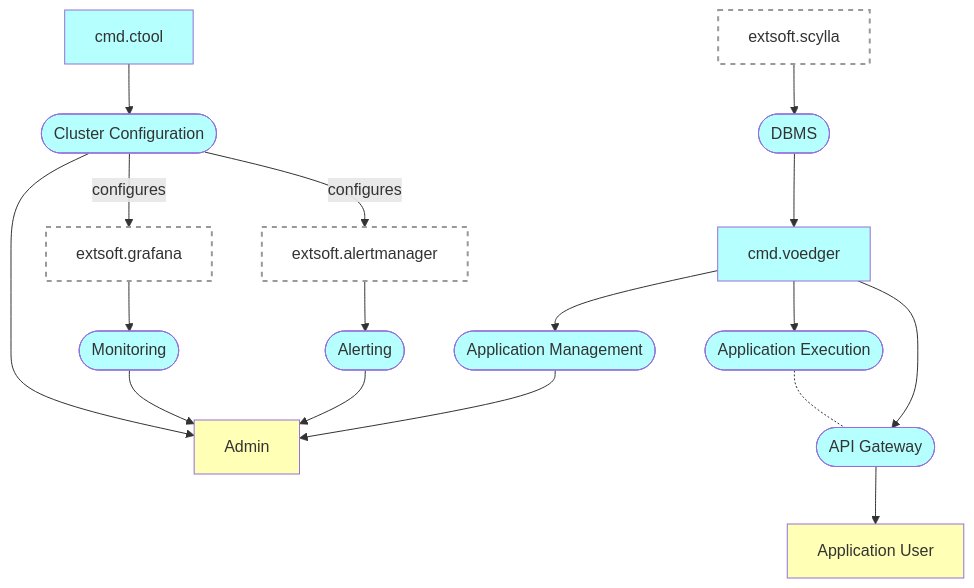
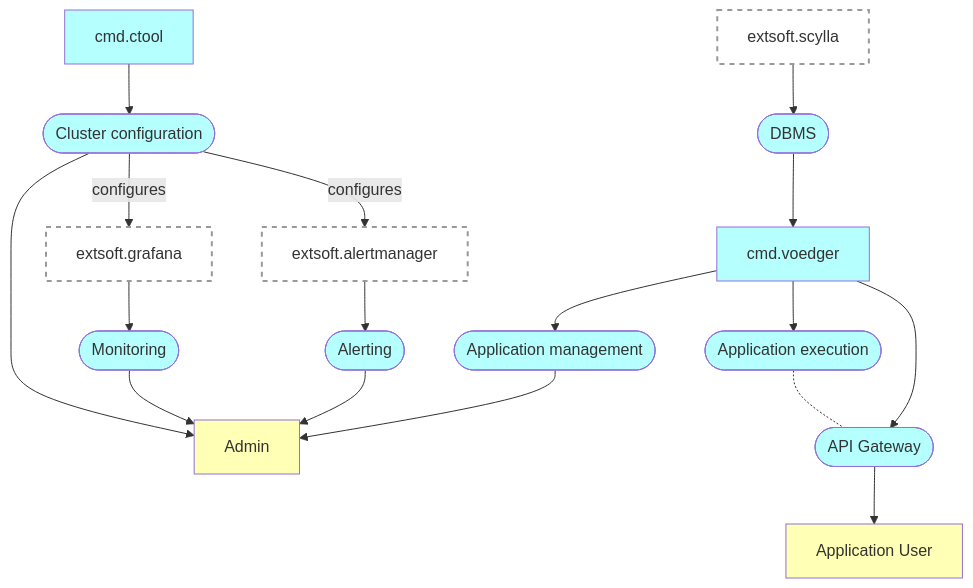
Before and after one commit to voedger/voedger-internals: the first of 2 diagrams in README.md, drawn with Mermaid. The commit also changed other lines of this file and 16 other files, not shown here.

````diff
--- a/README.md
+++ b/README.md
@@ -15,52 +11,52 @@
 ```mermaid
     graph TD
 
     %% Entities ====================
 
     Admin[Admin]:::B
     User[Application User]:::B
 
     cmd.voedger:::S
     cmd.ctool:::S  
     grafana[extsoft.grafana]:::G
     alertmanager[extsoft.alertmanager]:::G
     scylla[extsoft.scylla]:::G
 
     DBMS([DBMS]):::S
     
-    ClusterCfg([Cluster Configuration]):::S
+    ClusterCfg([Cluster configuration]):::S
     Monitoring([Monitoring]):::S
     Alerting([Alerting]):::S
-    AppMgmt([Application Management]):::S  
-    RunApp([Application Execution]):::S
+    AppMgmt([Application management]):::S  
+    RunApp([Application execution]):::S
     APIGateway([API Gateway]):::S
 
     %% Relations ====================
 
     scylla --> DBMS
     DBMS --> cmd.voedger
 
     cmd.ctool --> ClusterCfg
     ClusterCfg --> Admin
     ClusterCfg --> |configures| grafana
     ClusterCfg --> |configures| alertmanager
 
     grafana --> Monitoring
     alertmanager --> Alerting
     Monitoring --> Admin
     Alerting --> Admin
 
     cmd.voedger --> AppMgmt
     AppMgmt --> Admin
 
     cmd.voedger --> RunApp
     RunApp -.- APIGateway
 
     cmd.voedger --> APIGateway
     APIGateway --> User
 
     classDef B fill:#FFFFB5,color:#333
     classDef S fill:#B5FFFF,color:#333
     classDef H fill:#C9E7B7,color:#333
     classDef G fill:#ffffff15, stroke:#999, stroke-width:2px, stroke-dasharray: 5 5
 ```
````
